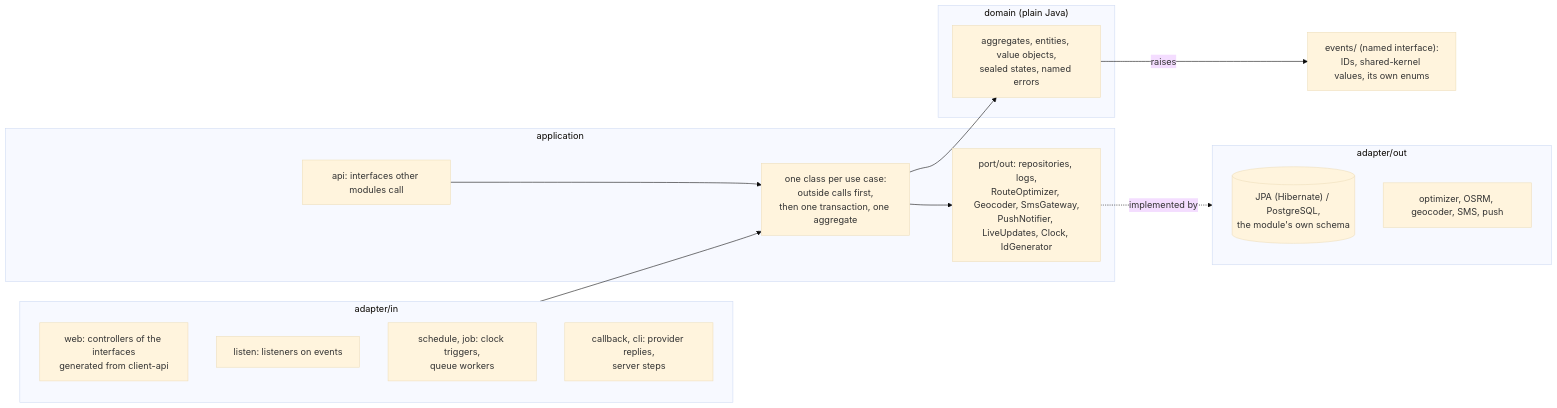
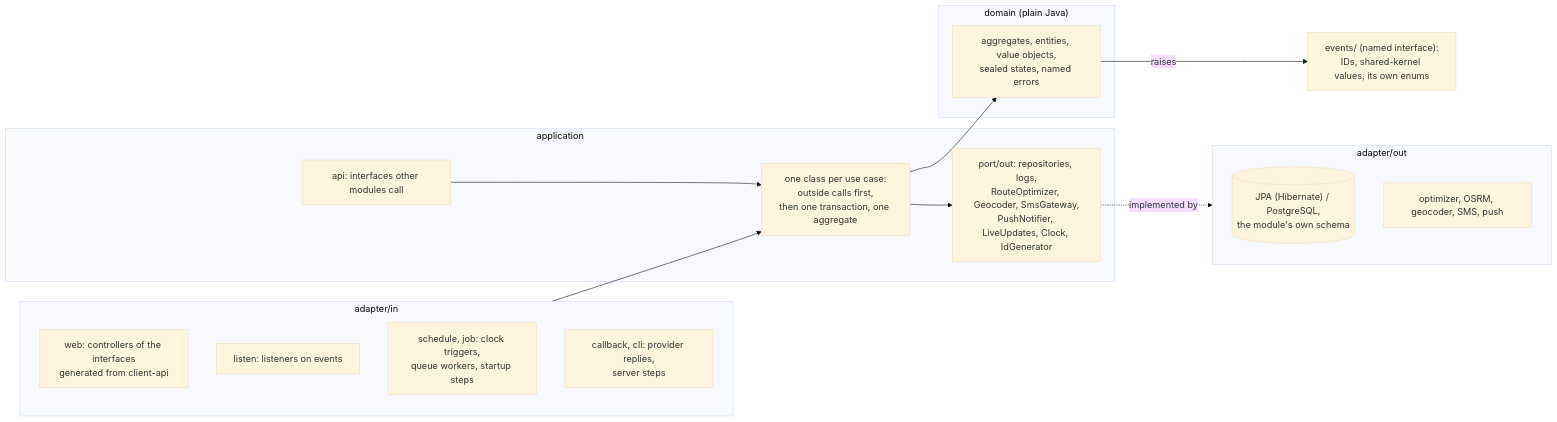
Before and after one commit to NaimElijah/DispatchFlow: the ninth of 10 diagrams in docs/architecture/domain_layer/domain_layer_design.md, drawn with Mermaid (base theme). The commit also changed 9 other files, not shown here.

First line of the commit message:
chore(core): declare Access's startup job adapter (ADR-133)

````diff
--- a/docs/architecture/domain_layer/domain_layer_design.md
+++ b/docs/architecture/domain_layer/domain_layer_design.md
@@ -1501,28 +1501,28 @@
 ```mermaid
 flowchart LR
   subgraph IN["adapter/in"]
     WEB["web: controllers of the interfaces<br/>generated from client-api"]
     LIS["listen: listeners on events"]
-    JOB["schedule, job: clock triggers,<br/>queue workers"]
+    JOB["schedule, job: clock triggers,<br/>queue workers, startup steps"]
     CLI["callback, cli: provider replies,<br/>server steps"]
   end
   subgraph APP["application"]
     API["api: interfaces other modules call"]
     SVC["one class per use case:<br/>outside calls first,<br/>then one transaction, one aggregate"]
     POUT["port/out: repositories, logs,<br/>RouteOptimizer, Geocoder, SmsGateway,<br/>PushNotifier, LiveUpdates, Clock, IdGenerator"]
   end
   subgraph DOM["domain (plain Java)"]
     M["aggregates, entities, value objects,<br/>sealed states, named errors"]
   end
   subgraph OUT["adapter/out"]
     DB[("JPA (Hibernate) / PostgreSQL,<br/>the module's own schema")]
     HTTP["optimizer, OSRM, geocoder, SMS, push"]
   end
   IN --> SVC
   API --> SVC
   SVC --> M
   SVC --> POUT
   EVT["events/ (named interface):<br/>IDs, shared-kernel values, its own enums"]
   M -->|raises| EVT
   POUT -.->|implemented by| OUT
 ```
````
